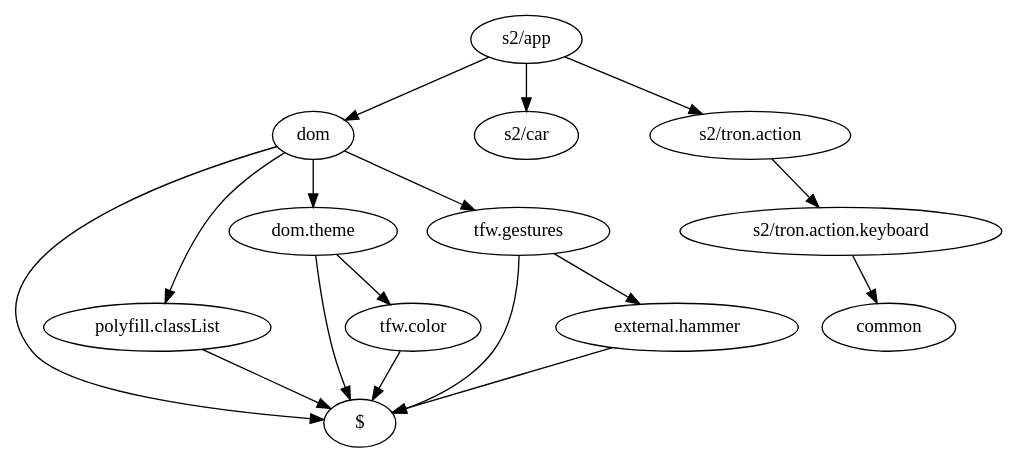
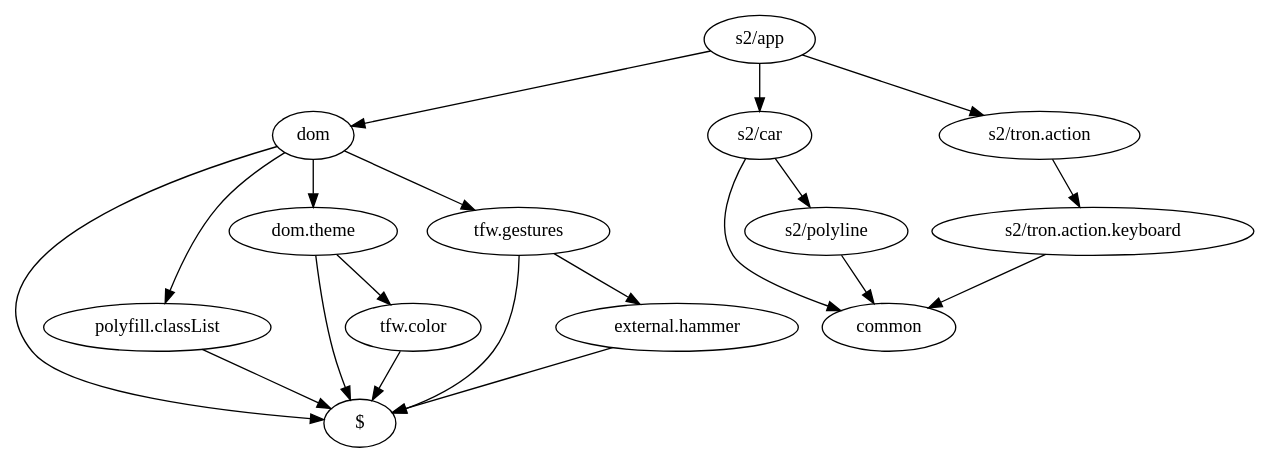
One commit to tolokoban/game-tron changed the diagram in doc/s2.html.dot. Above: the diagram before and after it, drawn with Graphviz. The commit also changed 24 other files, not shown here.

```diff
--- a/doc/s2.html.dot
+++ b/doc/s2.html.dot
@@ -1,26 +1,30 @@
 digraph dependencies {
     "s2/app" -> "dom"
 
     "s2/app" -> "s2/car"
 
     "s2/app" -> "s2/tron.action"
     "s2/tron.action" -> "s2/tron.action.keyboard"
     "s2/tron.action.keyboard" -> "common"
+    "s2/car" -> "s2/polyline"
+
+    "s2/car" -> "common"
+    "s2/polyline" -> "common"
     "dom" -> "$"
 
     "dom" -> "polyfill.classList"
 
     "dom" -> "dom.theme"
 
     "dom" -> "tfw.gestures"
     "tfw.gestures" -> "$"
 
     "tfw.gestures" -> "external.hammer"
     "external.hammer" -> "$"
     "dom.theme" -> "$"
 
     "dom.theme" -> "tfw.color"
     "tfw.color" -> "$"
     "polyfill.classList" -> "$"
 
 }
```
